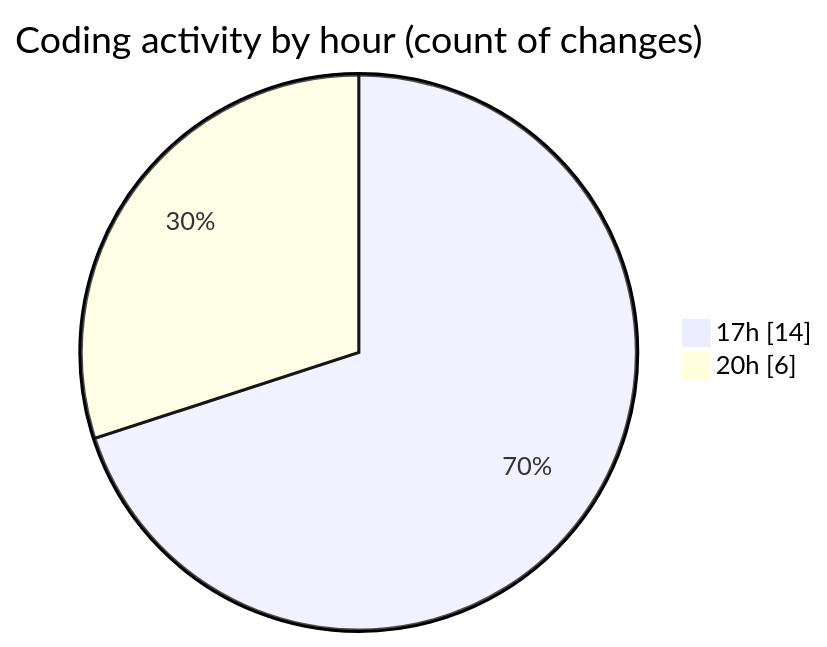
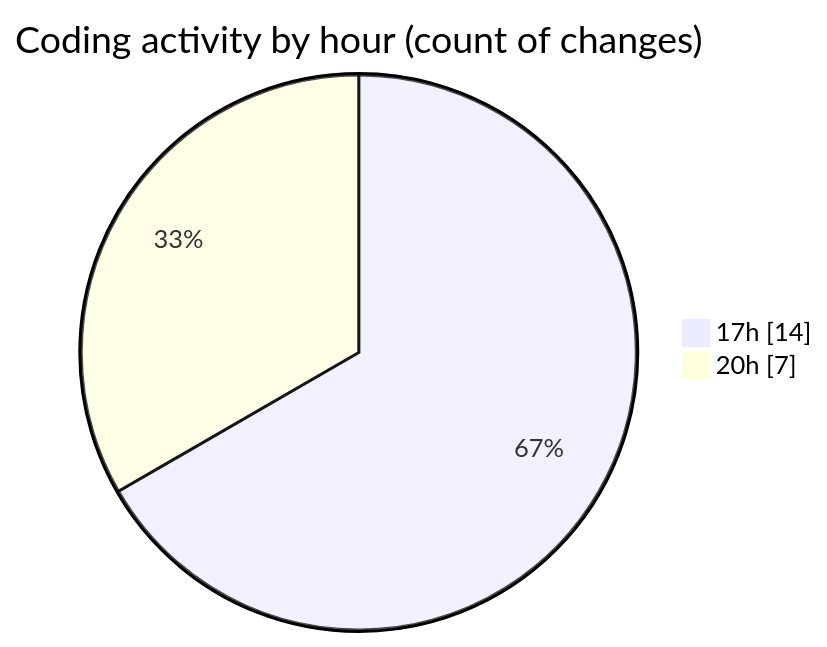
The second of 2 diagrams in 2025-03-11/jmasm/README.md (charlie-sans/code-tracking), drawn with Mermaid before and after one commit. The commit also changed other lines of this file and 1 other file, not shown here.

````diff
--- a/2025-03-11/jmasm/README.md
+++ b/2025-03-11/jmasm/README.md
@@ -35,6 +35,6 @@
 ```mermaid
 pie showData
 title Coding activity by hour (count of changes)
 "17h" : 14
-"20h" : 6
+"20h" : 7
 ```
````
